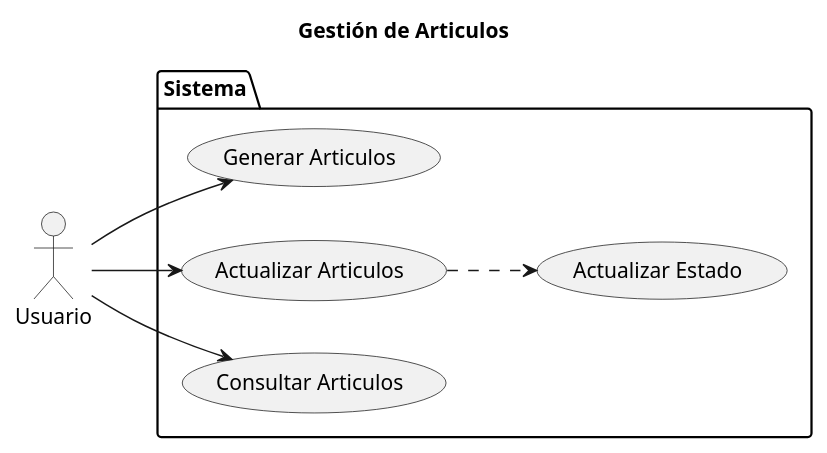
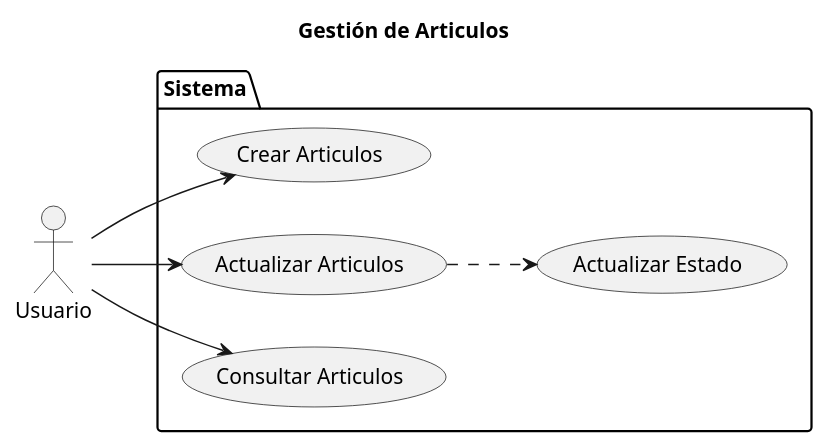
Before and after one commit to marcelolezcanodev/GarageGuru: the diagram in Diagramas/caso_de_uso_Articulos.plantuml, drawn with PlantUML.

Commit message:
Cambiar caso de uso generar por crear

```diff
--- a/Diagramas/caso_de_uso_Articulos.plantuml
+++ b/Diagramas/caso_de_uso_Articulos.plantuml
@@ -1,24 +1,24 @@
 @startuml articulos
 
 left to right direction
 
 title Gestión de Articulos
 
 actor Usuario as User
 
 package Sistema {
 
-    USECASE "Generar Articulos" as UC_Generar
+    USECASE "Crear Articulos" as UC_Generar
     USECASE "Actualizar Articulos" as UC_Editar
     USECASE "Consultar Articulos" as UC_Consultar
     USECASE "Actualizar Estado" as UCE_Actualizar
 
     UC_Editar ..> UCE_Actualizar
 
 }
 
 User --> UC_Generar
 User --> UC_Editar
 User --> UC_Consultar
 
 @enduml
```
